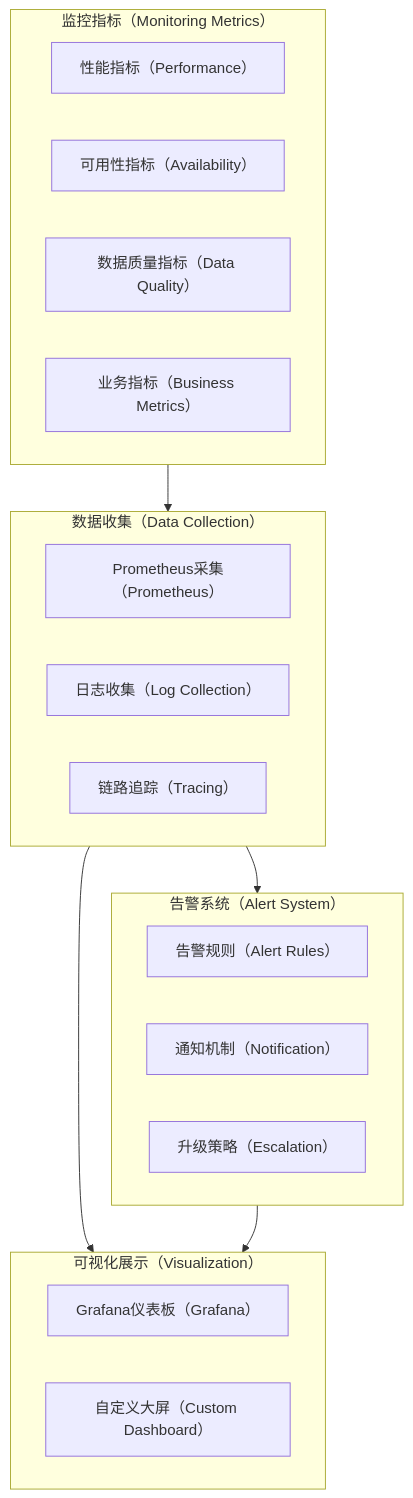
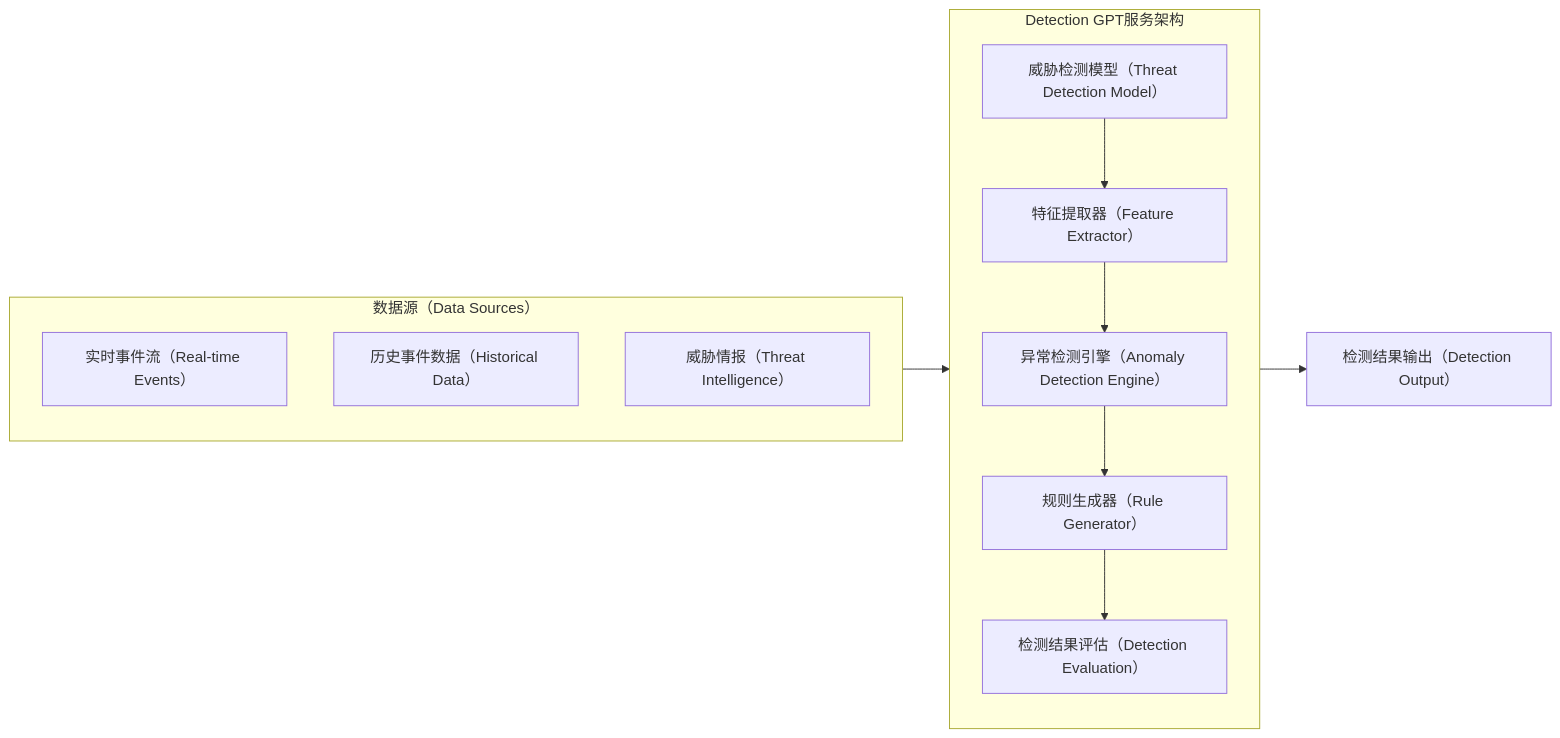
One commit to turtacn/PersonalAI changed the eighth of 15 diagrams in examples/design/shared-datalake4-securities.md. Above: the diagram before and after it, drawn with Mermaid. The commit also changed other lines of this file and 1 other file, not shown here.

Commit message:
多安全产品共享数据湖 ER 模式设计需求表

````diff
--- a/examples/design/shared-datalake4-securities.md
+++ b/examples/design/shared-datalake4-securities.md
@@ -765,31 +1091,18 @@
 ```mermaid
-graph TB
-    subgraph METRICS[监控指标（Monitoring Metrics）]
-        PERF[性能指标（Performance）]
-        AVAIL[可用性指标（Availability）]
-        QUAL[数据质量指标（Data Quality）]
-        BUS[业务指标（Business Metrics）]
+graph LR
+    subgraph DGPT[Detection GPT服务架构]
+        A1[威胁检测模型（Threat Detection Model）] --> B1[特征提取器（Feature Extractor）]
+        B1 --> C1[异常检测引擎（Anomaly Detection Engine）]
+        C1 --> D1[规则生成器（Rule Generator）]
+        D1 --> E1[检测结果评估（Detection Evaluation）]
     end
 
-    subgraph COLLECT[数据收集（Data Collection）]
-        PROM[Prometheus采集（Prometheus）]
-        LOGS[日志收集（Log Collection）]
-        TRACE[链路追踪（Tracing）]
+    subgraph DATA[数据源（Data Sources）]
+        F1[实时事件流（Real-time Events）]
+        F2[历史事件数据（Historical Data）]
+        F3[威胁情报（Threat Intelligence）]
     end
 
-    subgraph ALERT[告警系统（Alert System）]
-        RULES[告警规则（Alert Rules）]
-        NOTIFY[通知机制（Notification）]
-        ESCALATE[升级策略（Escalation）]
-    end
-
-    subgraph VISUAL[可视化展示（Visualization）]
-        GRAFANA[Grafana仪表板（Grafana）]
-        CUSTOM[自定义大屏（Custom Dashboard）]
-    end
-
-    METRICS --> COLLECT
-    COLLECT --> ALERT
-    COLLECT --> VISUAL
-    ALERT --> VISUAL
+    DATA --> DGPT
+    DGPT --> G1[检测结果输出（Detection Output）]
 ```
````
